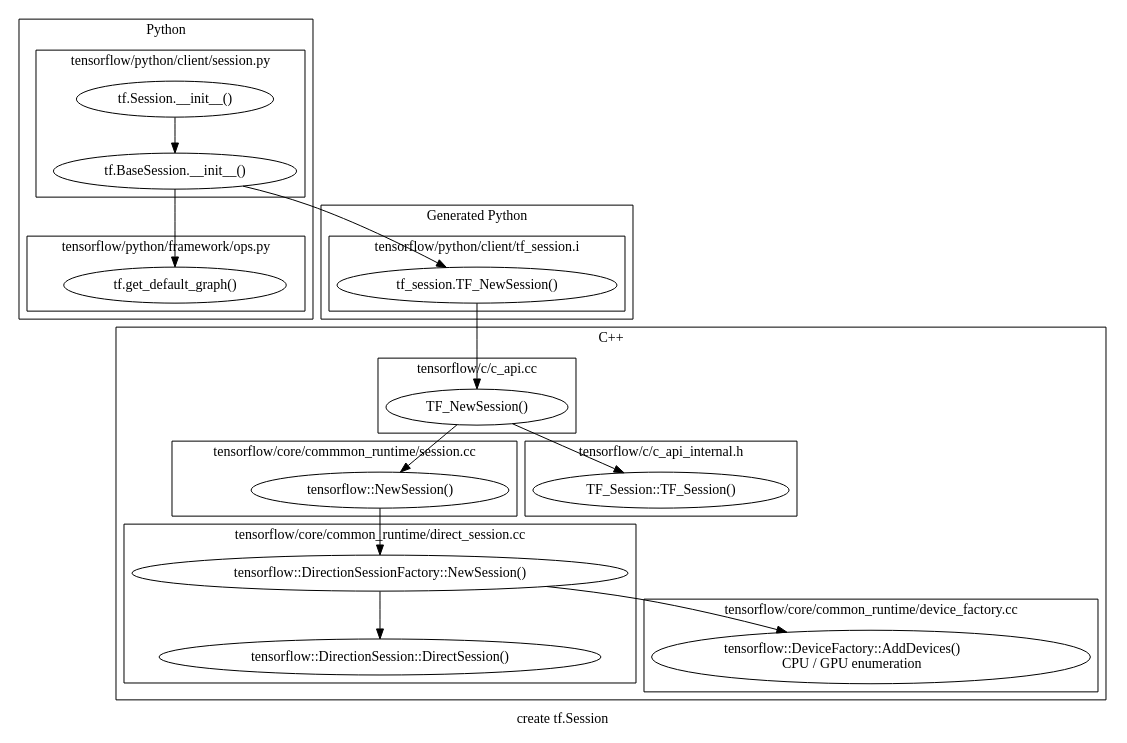
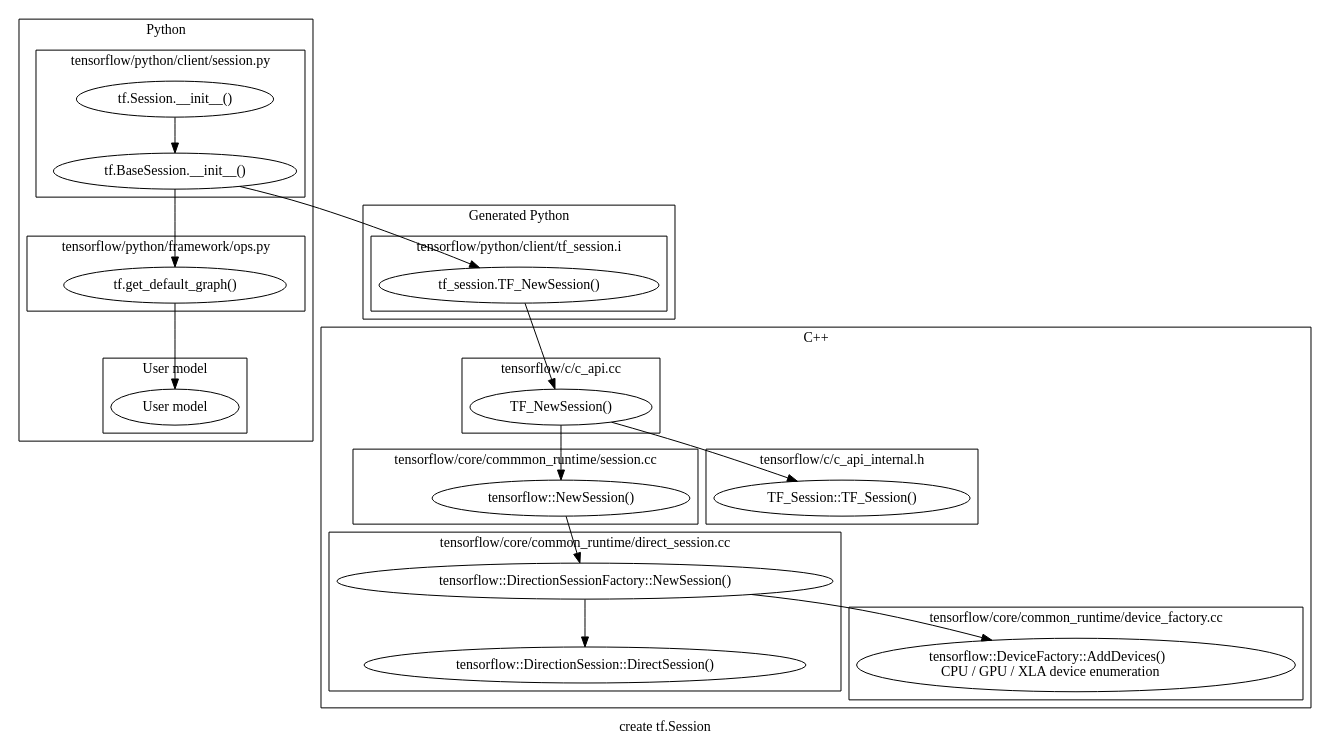
One commit to whchung/tf_trace changed the diagram in 00.dot. Above: the diagram before and after it, drawn with Graphviz.

Commit message:
Improve 00.dot

```diff
--- a/00.dot
+++ b/00.dot
@@ -1,91 +1,98 @@
 digraph 00 {
   label = "create tf.Session";
 
   subgraph cluster_python {
     label = "Python";
 
     subgraph cluster_session_py {
       label = "tensorflow/python/client/session.py";
       URL="https://github.com/ROCmSoftwarePlatform/tensorflow/blob/rocm-v1/tensorflow/python/client/session.py";
 
       00 [label="tf.Session.__init__()" URL="https://github.com/ROCmSoftwarePlatform/tensorflow/blob/rocm-v1/tensorflow/python/client/session.py#L1465"];
       01 [label="tf.BaseSession.__init__()" URL="https://github.com/ROCmSoftwarePlatform/tensorflow/blob/rocm-v1/tensorflow/python/client/session.py#L558"];
 
 
       00 -> 01;
     }
 
     subgraph cluster_ops_py {
       label = "tensorflow/python/framework/ops.py";
       URL="https://github.com/ROCmSoftwarePlatform/tensorflow/blob/rocm-v1/tensorflow/python/framework/ops.py";
 
       02 [label="tf.get_default_graph()" URL="https://github.com/ROCmSoftwarePlatform/tensorflow/blob/rocm-v1/tensorflow/python/framework/ops.py#L4171"];
 
       01 -> 02;
+    }
+
+    subgraph cluster_user_model {
+      label = "User model";
+      99 [label="User model"];
+
+      02 -> 99;
     }
   }
 
   subgraph cluster_generated_python {
     label = "Generated Python";
 
     subgraph cluster_tf_session_i {
       label = "tensorflow/python/client/tf_session.i";
       URL="https://github.com/ROCmSoftwarePlatform/tensorflow/blob/rocm-v1/tensorflow/python/client/tf_session.i";
 
       03 [label="tf_session.TF_NewSession()" URL="https://github.com/ROCmSoftwarePlatform/tensorflow/blob/rocm-v1/tensorflow/python/client/tf_session.i#L272"];
 
       01 -> 03;
     }
   }
 
   subgraph cluster_cxx {
     label = "C++";
 
     subgraph cluster_c_api_cc {
       label = "tensorflow/c/c_api.cc";
       URL="https://github.com/ROCmSoftwarePlatform/tensorflow/blob/rocm-v1/tensorflow/c/c_api.cc";
 
       04 [label="TF_NewSession()" URL="https://github.com/ROCmSoftwarePlatform/tensorflow/blob/rocm-v1/tensorflow/c/c_api.cc#L2148"];
 
       03 -> 04;
     }
 
     subgraph cluster_session_cc {
       label = "tensorflow/core/commmon_runtime/session.cc";
       URL="https://github.com/ROCmSoftwarePlatform/tensorflow/blob/rocm-v1/tensorflow/core/common_runtime/session.cc";
 
       05 [label="tensorflow::NewSession()" URL="https://github.com/ROCmSoftwarePlatform/tensorflow/blob/rocm-v1/tensorflow/core/common_runtime/session.cc#L54"];
 
       04 -> 05;
     }
 
     subgraph cluster_direction_session_cc {
       label = "tensorflow/core/common_runtime/direct_session.cc";
       URL="https://github.com/ROCmSoftwarePlatform/tensorflow/blob/rocm-v1/tensorflow/core/common_runtime/direct_session.cc";
 
       06 [label="tensorflow::DirectionSessionFactory::NewSession()" URL="https://github.com/ROCmSoftwarePlatform/tensorflow/blob/rocm-v1/tensorflow/core/common_runtime/direct_session.cc#L158"];
       08 [label="tensorflow::DirectionSession::DirectSession()" URL="https://github.com/ROCmSoftwarePlatform/tensorflow/blob/rocm-v1/tensorflow/core/common_runtime/direct_session.cc#L253"];
 
       05 -> 06;
       06 -> 08;
     }
 
     subgraph cluster_device_factory_cc {
       label = "tensorflow/core/common_runtime/device_factory.cc";
       URL="https://github.com/ROCmSoftwarePlatform/tensorflow/blob/rocm-v1/tensorflow/core/common_runtime/device_factory.cc";
 
-      07 [label=< tensorflow::DeviceFactory::AddDevices()<br/>CPU / GPU enumeration > URL="https://github.com/ROCmSoftwarePlatform/tensorflow/blob/rocm-v1/tensorflow/core/common_runtime/device_factory.cc#L92"];
+      07 [label=< tensorflow::DeviceFactory::AddDevices()<br/>CPU / GPU / XLA device enumeration > URL="https://github.com/ROCmSoftwarePlatform/tensorflow/blob/rocm-v1/tensorflow/core/common_runtime/device_factory.cc#L92"];
 
       06 -> 07;
     }
 
     subgraph cluster_c_api_internal_h {
       label = "tensorflow/c/c_api_internal.h";
       URL="https://github.com/ROCmSoftwarePlatform/tensorflow/blob/rocm-v1/tensorflow/c/c_api_internal.h";
 
       09 [label="TF_Session::TF_Session()" URL="https://github.com/ROCmSoftwarePlatform/tensorflow/blob/rocm-v1/tensorflow/c/c_api_internal.h#L103"];
 
       04 -> 09;
     }
   }
 }
```
